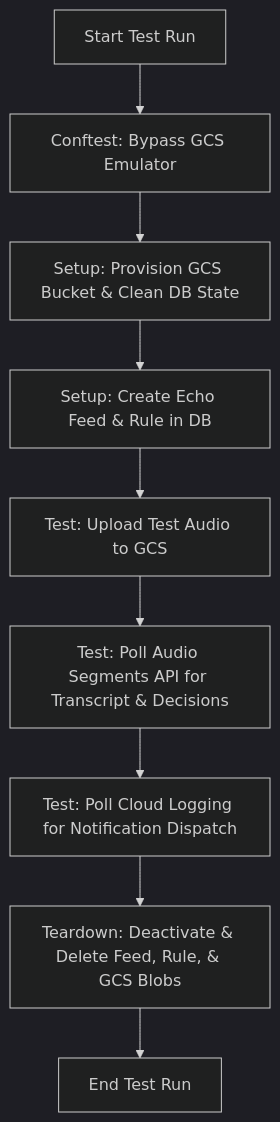
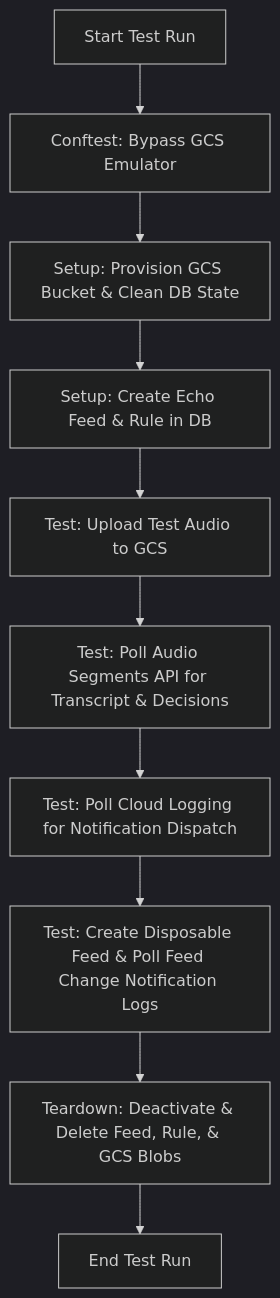
Before and after one commit to watch-duty/radio-transcription: the diagram in documentation/REGRESSION_TESTS.md, drawn with Mermaid (dark theme). The commit also changed other lines of this file and 2 other files, not shown here.

Commit message:
test(regression): prove feed change notification route

````diff
--- a/documentation/REGRESSION_TESTS.md
+++ b/documentation/REGRESSION_TESTS.md
@@ -13,11 +13,12 @@
 ```mermaid
 graph TD
     A[Start Test Run] --> B[Conftest: Bypass GCS Emulator]
     B --> C[Setup: Provision GCS Bucket & Clean DB State]
     C --> D[Setup: Create Echo Feed & Rule in DB]
     D --> E[Test: Upload Test Audio to GCS]
     E --> F[Test: Poll Audio Segments API for Transcript & Decisions]
     F --> G[Test: Poll Cloud Logging for Notification Dispatch]
-    G --> H[Teardown: Deactivate & Delete Feed, Rule, & GCS Blobs]
-    H --> I[End Test Run]
+    G --> H[Test: Create Disposable Feed & Poll Feed Change Notification Logs]
+    H --> I[Teardown: Deactivate & Delete Feed, Rule, & GCS Blobs]
+    I --> J[End Test Run]
 ```
````
